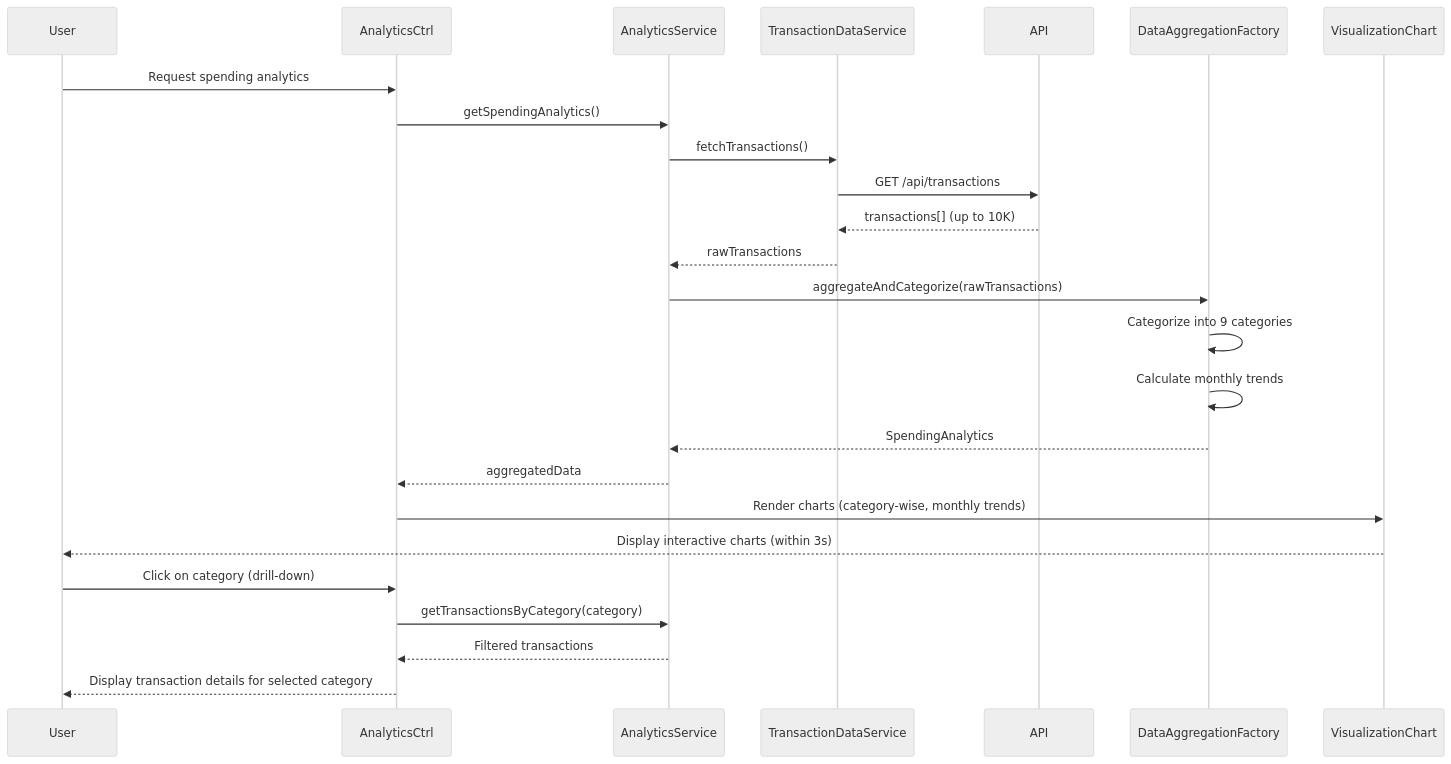
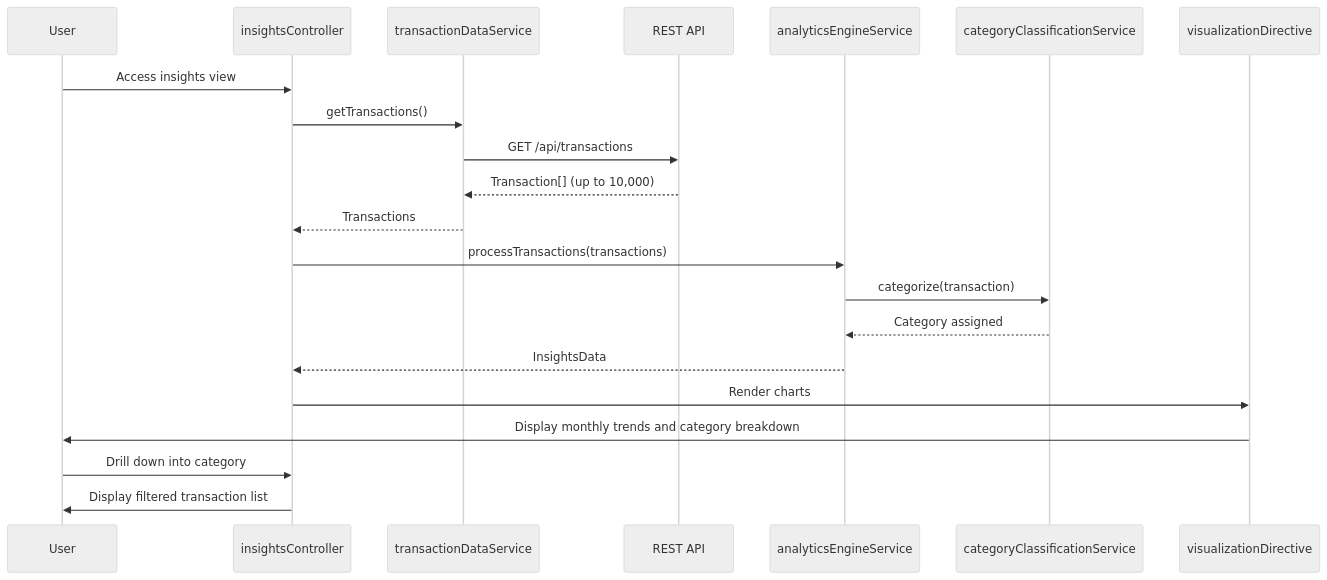
The diagram in LLD/QE-7740_LLD.md (AAVA-Demo/APB_Demo), drawn with Mermaid (neutral theme) before and after one commit. The commit also changed other lines of this file and 5 other files, not shown here.

````diff
--- a/LLD/QE-7740_LLD.md
+++ b/LLD/QE-7740_LLD.md
@@ -106,28 +66,24 @@
 ```mermaid
 sequenceDiagram
     participant User
-    participant AnalyticsCtrl
-    participant AnalyticsService
-    participant TransactionDataService
-    participant API
-    participant DataAggregationFactory
-    participant VisualizationChart
-    
-    User->>AnalyticsCtrl: Request spending analytics
-    AnalyticsCtrl->>AnalyticsService: getSpendingAnalytics()
-    AnalyticsService->>TransactionDataService: fetchTransactions()
-    TransactionDataService->>API: GET /api/transactions
-    API-->>TransactionDataService: transactions[] (up to 10K)
-    TransactionDataService-->>AnalyticsService: rawTransactions
-    AnalyticsService->>DataAggregationFactory: aggregateAndCategorize(rawTransactions)
-    DataAggregationFactory->>DataAggregationFactory: Categorize into 9 categories
-    DataAggregationFactory->>DataAggregationFactory: Calculate monthly trends
-    DataAggregationFactory-->>AnalyticsService: SpendingAnalytics
-    AnalyticsService-->>AnalyticsCtrl: aggregatedData
-    AnalyticsCtrl->>VisualizationChart: Render charts (category-wise, monthly trends)
-    VisualizationChart-->>User: Display interactive charts (within 3s)
-    User->>AnalyticsCtrl: Click on category (drill-down)
-    AnalyticsCtrl->>AnalyticsService: getTransactionsByCategory(category)
-    AnalyticsService-->>AnalyticsCtrl: Filtered transactions
-    AnalyticsCtrl-->>User: Display transaction details for selected category
+    participant insightsController
+    participant transactionDataService
+    participant REST API
+    participant analyticsEngineService
+    participant categoryClassificationService
+    participant visualizationDirective
+
+    User->>insightsController: Access insights view
+    insightsController->>transactionDataService: getTransactions()
+    transactionDataService->>REST API: GET /api/transactions
+    REST API-->>transactionDataService: Transaction[] (up to 10,000)
+    transactionDataService-->>insightsController: Transactions
+    insightsController->>analyticsEngineService: processTransactions(transactions)
+    analyticsEngineService->>categoryClassificationService: categorize(transaction)
+    categoryClassificationService-->>analyticsEngineService: Category assigned
+    analyticsEngineService-->>insightsController: InsightsData
+    insightsController->>visualizationDirective: Render charts
+    visualizationDirective->>User: Display monthly trends and category breakdown
+    User->>insightsController: Drill down into category
+    insightsController->>User: Display filtered transaction list
 ```
````
